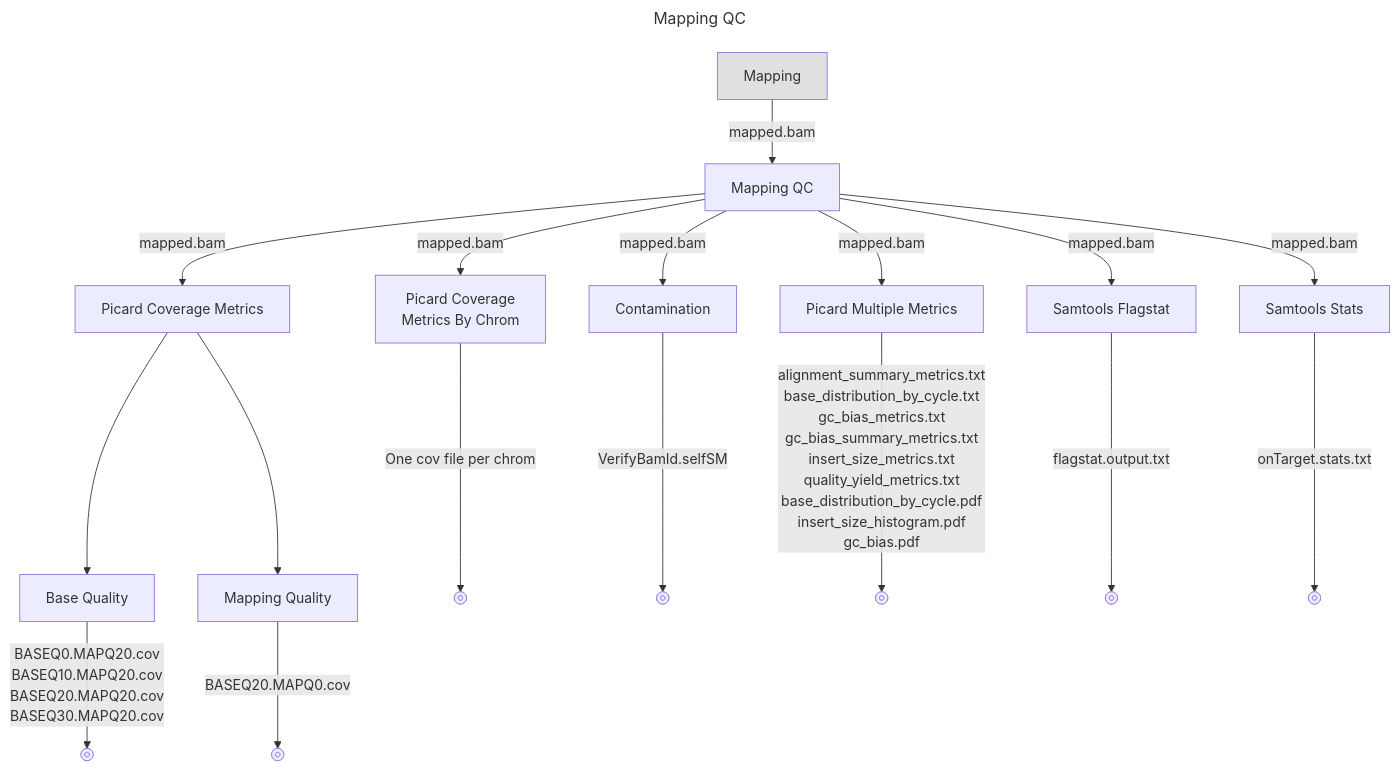
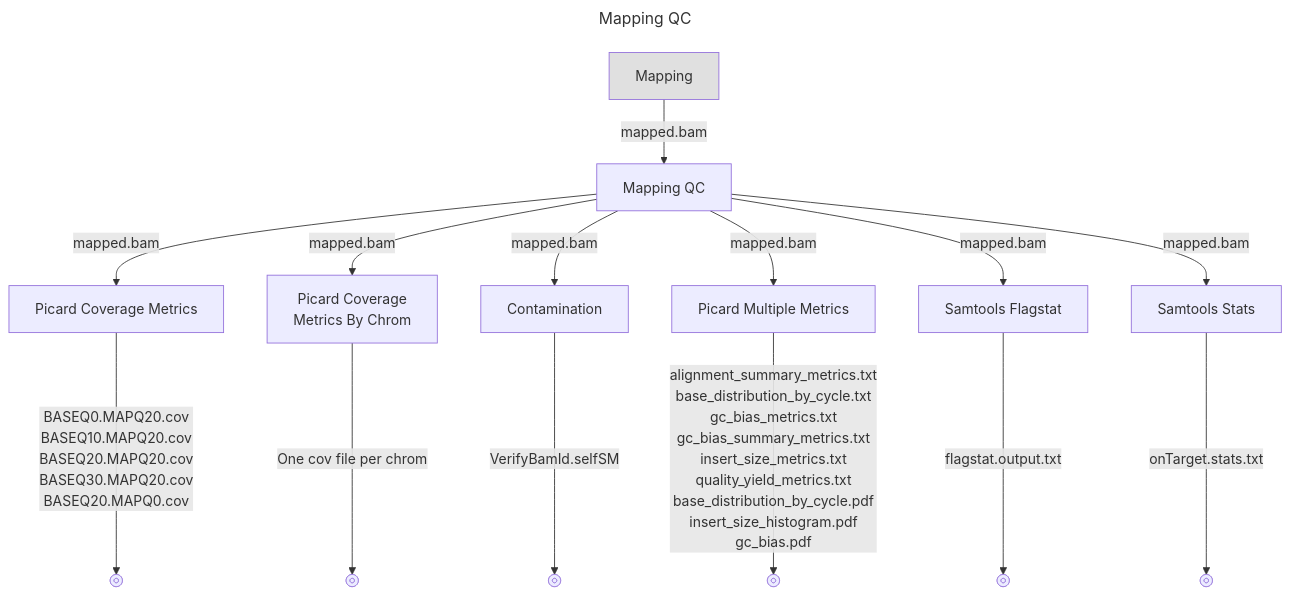
The third of 3 diagrams in README.MD (NorthwestGenomicsCenter/nwgc-nf-shortread-dna-seq), drawn with Mermaid before and after one commit.

Commit message:
README.MD - fixed mapping qc mermaid chart

````diff
--- a/README.MD
+++ b/README.MD
@@ -57,38 +57,32 @@
 ```mermaid
 ---
 title: Mapping QC
 ---
 flowchart TD
     A["Mapping"] -- "mapped.bam" --> B
     style A fill:#E0E0E0
     B["Mapping QC"] -- "mapped.bam" --> C
     C["Picard Coverage Metrics"]
     B["Mapping QC"] -- "mapped.bam" --> D
     D["Picard Coverage<BR> Metrics By Chrom"]
     B["Mapping QC"] -- "mapped.bam" --> E
     E["Contamination"]
     B["Mapping QC"] -- "mapped.bam" --> F
     F["Picard Multiple Metrics"]
     B["Mapping QC"] -- "mapped.bam" --> G
     G["Samtools Flagstat"]
     B["Mapping QC"] -- "mapped.bam" --> H
     H["Samtools Stats"]
-    C --> I
-    I["Base Quality"]
-    I -- "BASEQ0.MAPQ20.cov<BR>BASEQ10.MAPQ20.cov<BR>BASEQ20.MAPQ20.cov<BR>BASEQ30.MAPQ20.cov" --> K
+    C -- "BASEQ0.MAPQ20.cov<BR>BASEQ10.MAPQ20.cov<BR>BASEQ20.MAPQ20.cov<BR>BASEQ30.MAPQ20.cov<BR>BASEQ20.MAPQ0.cov" --> I
+    I@{shape: fr-circ}
+    D -- "One cov file per chrom" --> J
+    J@{shape: fr-circ}
+    E -- "VerifyBamId.selfSM" --> K
     K@{shape: fr-circ}
-    C --> J
-    J["Mapping Quality"]
-    J -- "BASEQ20.MAPQ0.cov" --> L
+    F -- "alignment_summary_metrics.txt<BR>base_distribution_by_cycle.txt<BR>gc_bias_metrics.txt<BR>gc_bias_summary_metrics.txt<BR>insert_size_metrics.txt<BR>quality_yield_metrics.txt<BR>base_distribution_by_cycle.pdf<BR>insert_size_histogram.pdf<BR>gc_bias.pdf" --> L
     L@{shape: fr-circ}
-    D -- "One cov file per chrom" --> M
+    G -- "flagstat.output.txt" --> M
     M@{shape: fr-circ}
-    E -- "VerifyBamId.selfSM" --> N
+    H -- "onTarget.stats.txt" --> N
     N@{shape: fr-circ}
-    F -- "alignment_summary_metrics.txt<BR>base_distribution_by_cycle.txt<BR>gc_bias_metrics.txt<BR>gc_bias_summary_metrics.txt<BR>insert_size_metrics.txt<BR>quality_yield_metrics.txt<BR>base_distribution_by_cycle.pdf<BR>insert_size_histogram.pdf<BR>gc_bias.pdf" --> O
-    O@{shape: fr-circ}
-    G -- "flagstat.output.txt" --> P
-    P@{shape: fr-circ}
-    H -- "onTarget.stats.txt" --> Q
-    Q@{shape: fr-circ}
 ```
````
